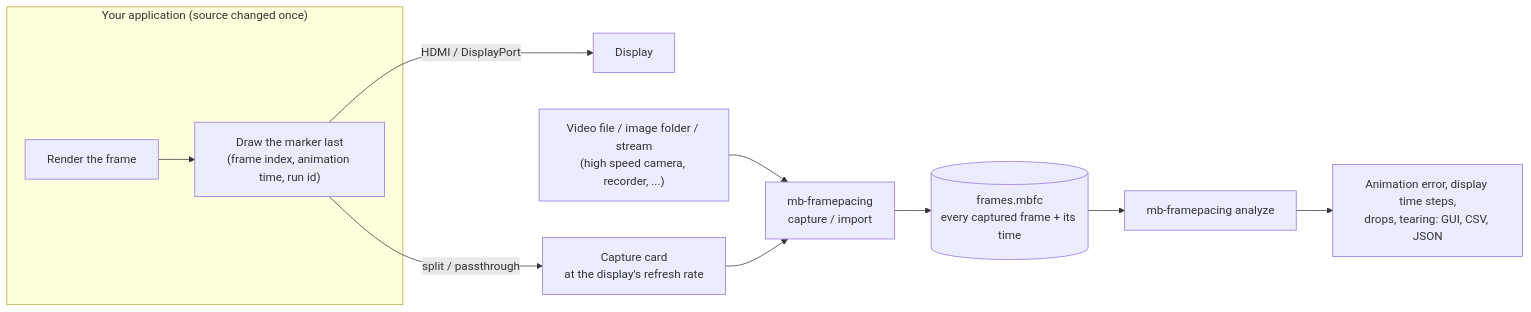
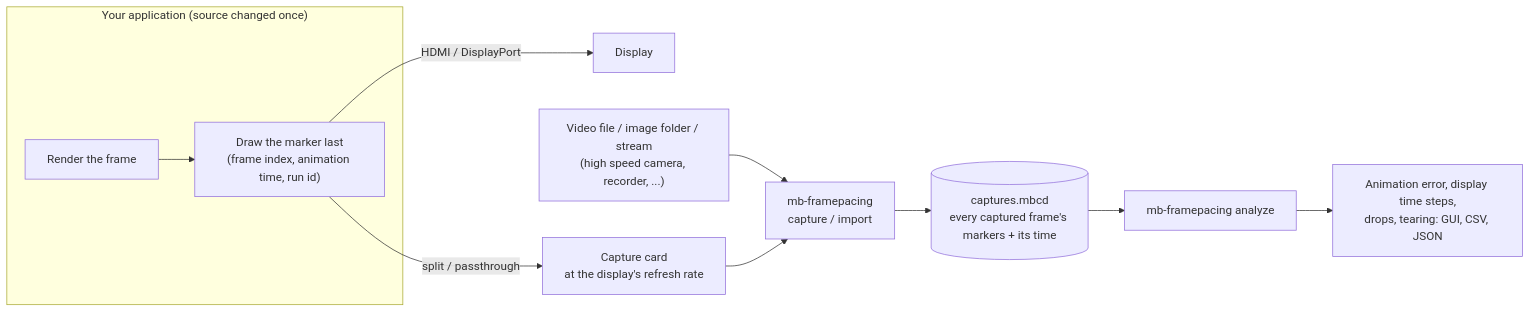
The first of 4 diagrams in README.md (Unarmed1000/mb-framepacing), drawn with Mermaid before and after one commit. The commit also changed other lines of this file and 52 other files, not shown here.

````diff
--- a/README.md
+++ b/README.md
@@ -93,13 +93,13 @@
 ```mermaid
 flowchart LR
     subgraph app["Your application (source changed once)"]
         A[Render the frame] --> B["Draw the marker last<br/>(frame index, animation time, run id)"]
     end
     B -->|HDMI / DisplayPort| C[Display]
     B -->|split / passthrough| D["Capture card<br/>at the display's refresh rate"]
     V["Video file / image folder / stream<br/>(high speed camera, recorder, ...)"] --> E
     D --> E["mb-framepacing<br/>capture / import"]
-    E --> F[("frames.mbfc<br/>every captured frame + its time")]
+    E --> F[("captures.mbcd<br/>every captured frame's markers + its time")]
     F --> G["mb-framepacing analyze"]
     G --> H["Animation error, display time steps,<br/>drops, tearing: GUI, CSV, JSON"]
 ```
````
